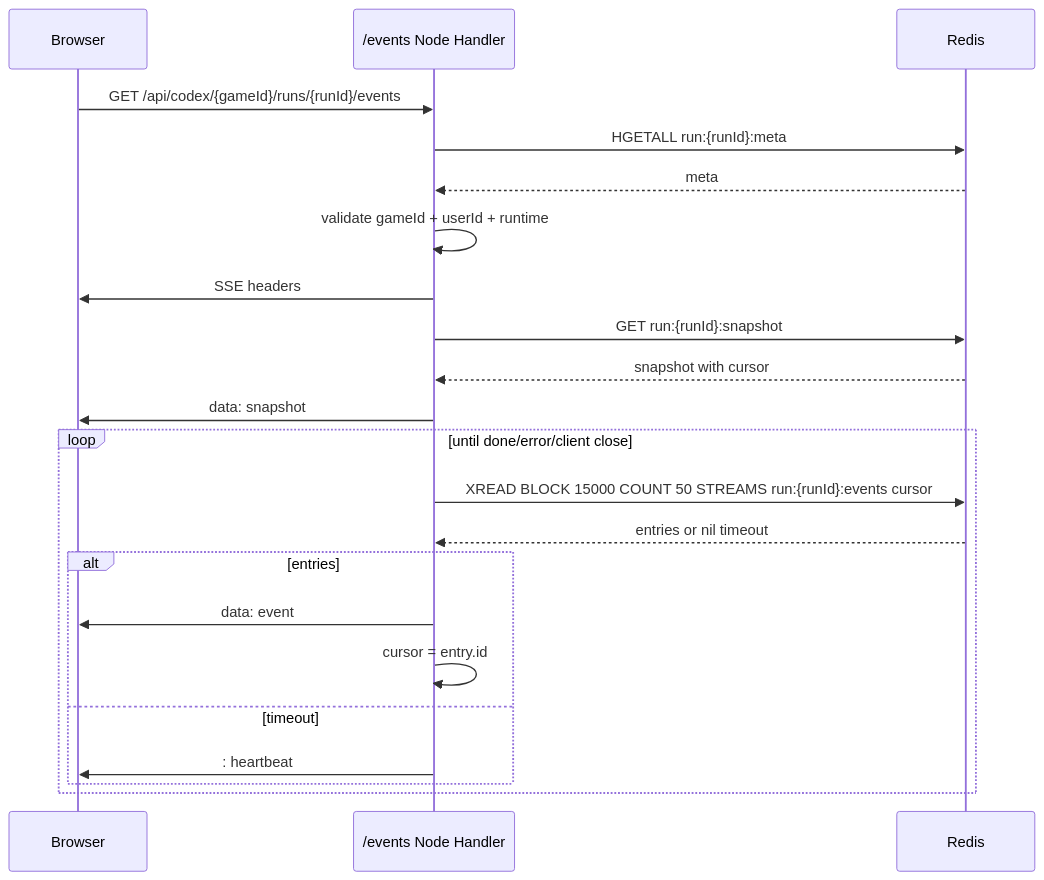
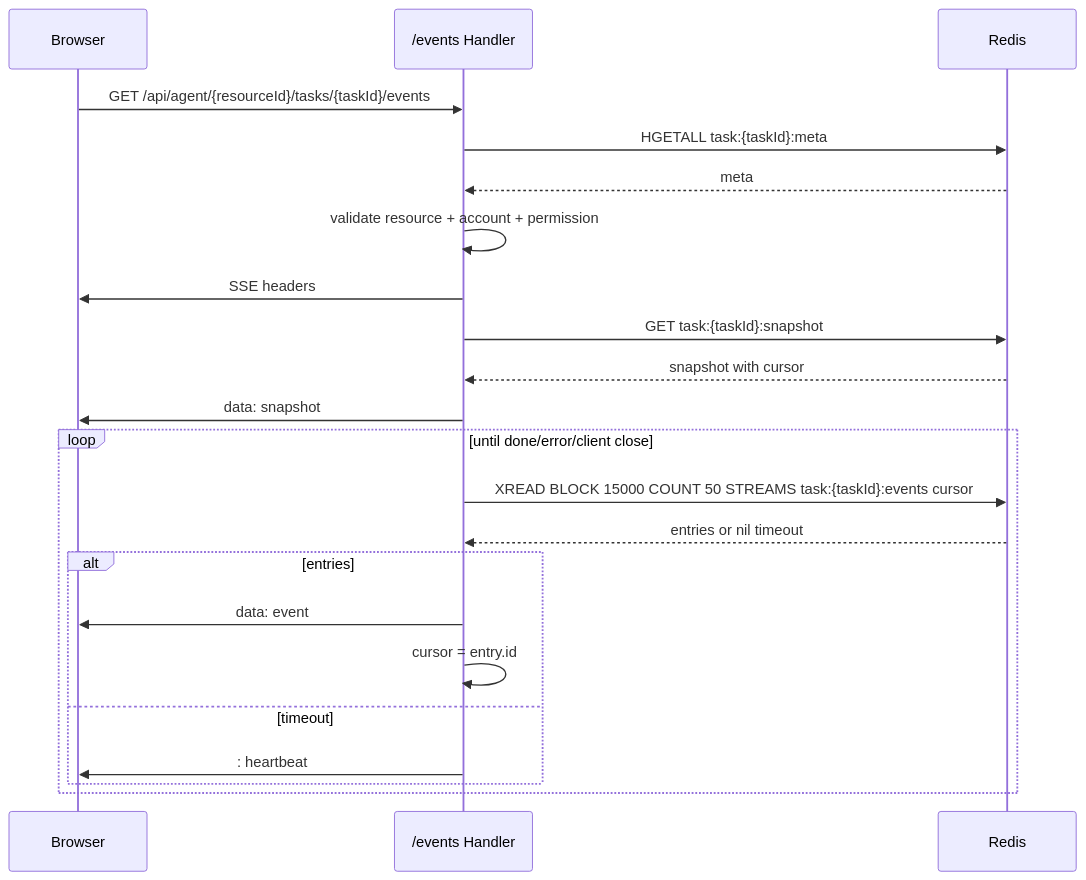
The second of 4 diagrams in docs/codex/sse流式输出断开重连.md (lizuncong/lizuncong.github.io), drawn with Mermaid before and after one commit. The commit also changed other lines of this file, not shown here.

````diff
--- a/docs/codex/sse流式输出断开重连.md
+++ b/docs/codex/sse流式输出断开重连.md
@@ -374,26 +344,26 @@
 ```mermaid
 sequenceDiagram
     participant Browser as Browser
-    participant Events as /events Node Handler
+    participant Events as /events Handler
     participant Redis as Redis
 
-    Browser->>Events: GET /api/codex/{gameId}/runs/{runId}/events
-    Events->>Redis: HGETALL run:{runId}:meta
+    Browser->>Events: GET /api/agent/{resourceId}/tasks/{taskId}/events
+    Events->>Redis: HGETALL task:{taskId}:meta
     Redis-->>Events: meta
-    Events->>Events: validate gameId + userId + runtime
+    Events->>Events: validate resource + account + permission
     Events->>Browser: SSE headers
-    Events->>Redis: GET run:{runId}:snapshot
+    Events->>Redis: GET task:{taskId}:snapshot
     Redis-->>Events: snapshot with cursor
     Events->>Browser: data: snapshot
 
     loop until done/error/client close
-        Events->>Redis: XREAD BLOCK 15000 COUNT 50 STREAMS run:{runId}:events cursor
+        Events->>Redis: XREAD BLOCK 15000 COUNT 50 STREAMS task:{taskId}:events cursor
         Redis-->>Events: entries or nil timeout
         alt entries
             Events->>Browser: data: event
             Events->>Events: cursor = entry.id
         else timeout
             Events->>Browser: : heartbeat
         end
     end
 ```
````
